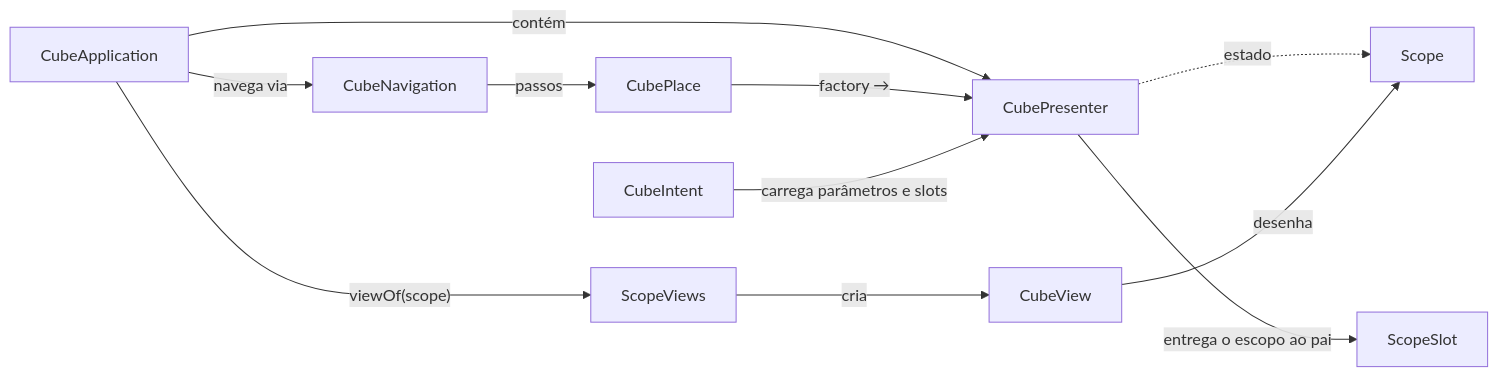
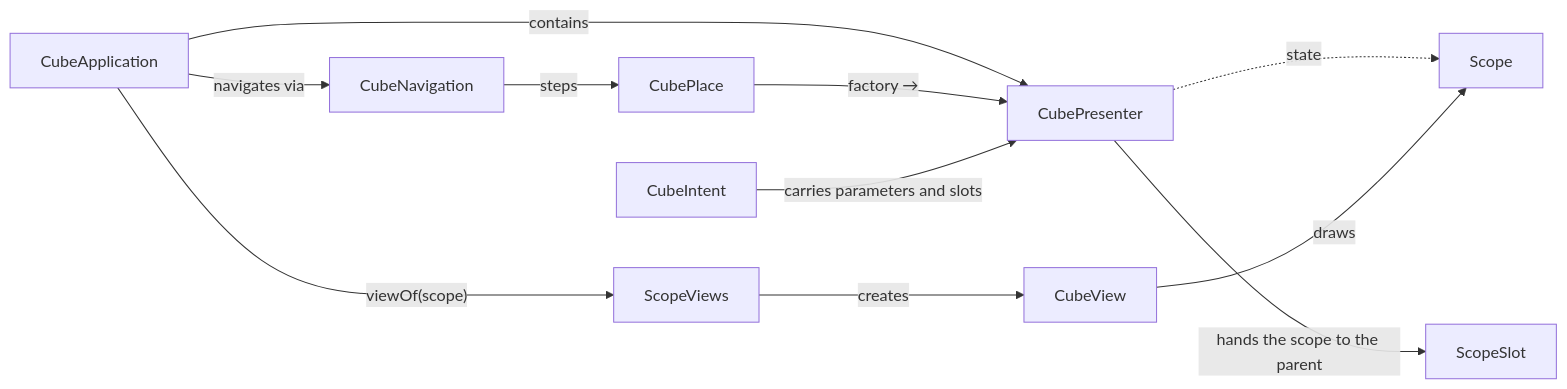
The diagram in fontes/br.com.wdc.framework/br.com.wdc.framework.cube/README.md (mrcdom/wdc-cube-java-v2), drawn with Mermaid before and after one commit. The commit also changed other lines of this file and 69 other files, not shown here.

````diff
--- a/fontes/br.com.wdc.framework/br.com.wdc.framework.cube/README.md
+++ b/fontes/br.com.wdc.framework/br.com.wdc.framework.cube/README.md
@@ -9,23 +9,23 @@
 ```mermaid
 graph LR
     App["CubeApplication"]
     Nav["CubeNavigation"]
     Place["CubePlace"]
     Intent["CubeIntent"]
     Pres["CubePresenter"]
     View["CubeView"]
     Slot["ScopeSlot"]
     State["Scope"]
     Views["ScopeViews"]
 
-    App -->|"contém"| Pres
-    App -->|"navega via"| Nav
-    Nav -->|"passos"| Place
+    App -->|"contains"| Pres
+    App -->|"navigates via"| Nav
+    Nav -->|"steps"| Place
     Place -->|"factory →"| Pres
-    Pres -.->|"estado"| State
-    Pres -->|"entrega o escopo ao pai"| Slot
-    Intent -->|"carrega parâmetros e slots"| Pres
+    Pres -.->|"state"| State
+    Pres -->|"hands the scope to the parent"| Slot
+    Intent -->|"carries parameters and slots"| Pres
     App -->|"viewOf(scope)"| Views
-    Views -->|"cria"| View
-    View -->|"desenha"| State
+    Views -->|"creates"| View
+    View -->|"draws"| State
 ```
````
